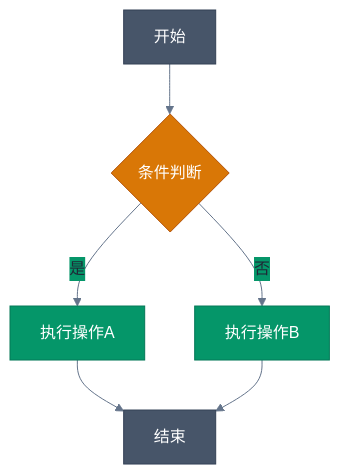
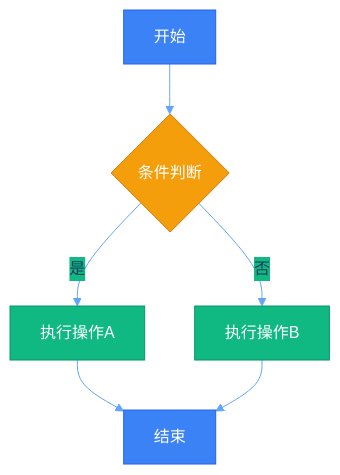
The fourth of 17 diagrams in mermaid-generator/SKILL.md (unix2dos/skills), drawn with Mermaid before and after one commit. The commit also changed other lines of this file, not shown here.

Commit message:
feat: Update Mermaid theme colors to a brighter blue palette

````diff
--- a/mermaid-generator/SKILL.md
+++ b/mermaid-generator/SKILL.md
@@ -123,17 +123,17 @@
 ```mermaid
-%%{init: {'theme': 'base', 'themeVariables': { 'primaryColor': '#475569', 'primaryTextColor': '#1F2937', 'primaryBorderColor': '#334155', 'lineColor': '#64748B', 'secondaryColor': '#059669', 'tertiaryColor': '#D97706'}}}%%
+%%{init: {'theme': 'base', 'themeVariables': { 'primaryColor': '#3B82F6', 'primaryTextColor': '#1E3A5F', 'primaryBorderColor': '#2563EB', 'lineColor': '#60A5FA', 'secondaryColor': '#10B981', 'tertiaryColor': '#F59E0B'}}}%%
 flowchart TD
     A["开始"] --> B{"条件判断"}
     B -->|"是"| C["执行操作A"]
     B -->|"否"| D["执行操作B"]
     C --> E["结束"]
     D --> E
 
-    classDef primary fill:#475569,stroke:#334155,color:#fff
-    classDef success fill:#059669,stroke:#047857,color:#fff
-    classDef decision fill:#D97706,stroke:#B45309,color:#fff
+    classDef primary fill:#3B82F6,stroke:#2563EB,color:#fff
+    classDef success fill:#10B981,stroke:#059669,color:#fff
+    classDef decision fill:#F59E0B,stroke:#D97706,color:#fff
 
     class A,E primary
     class C,D success
     class B decision
 ```
````
